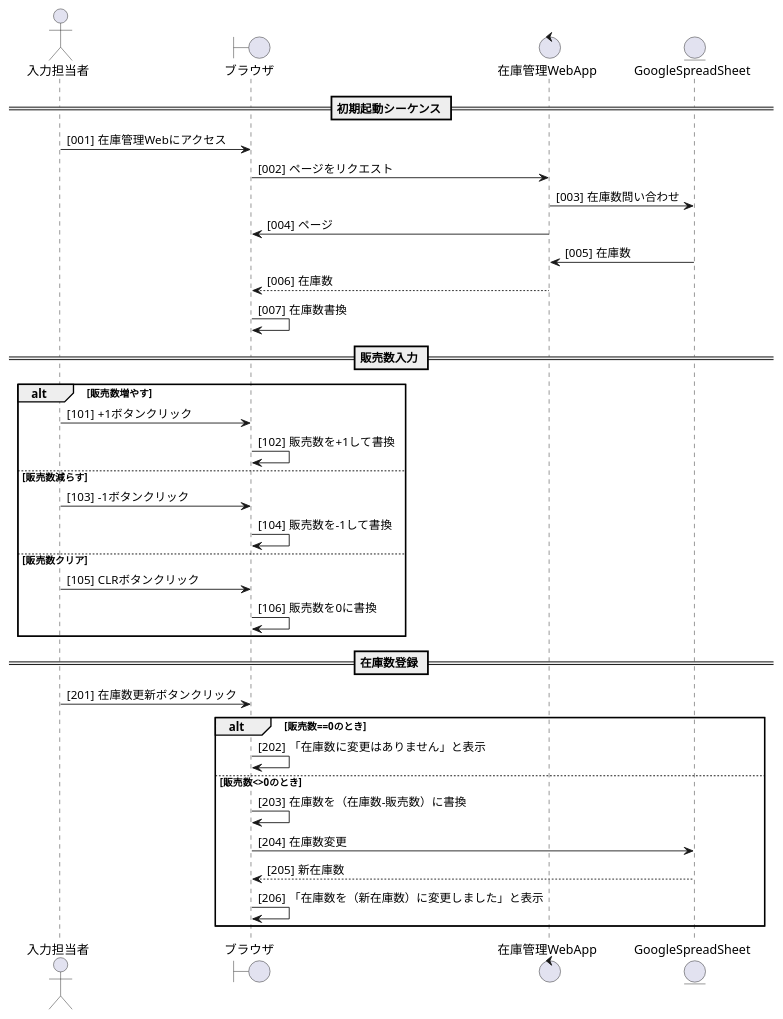
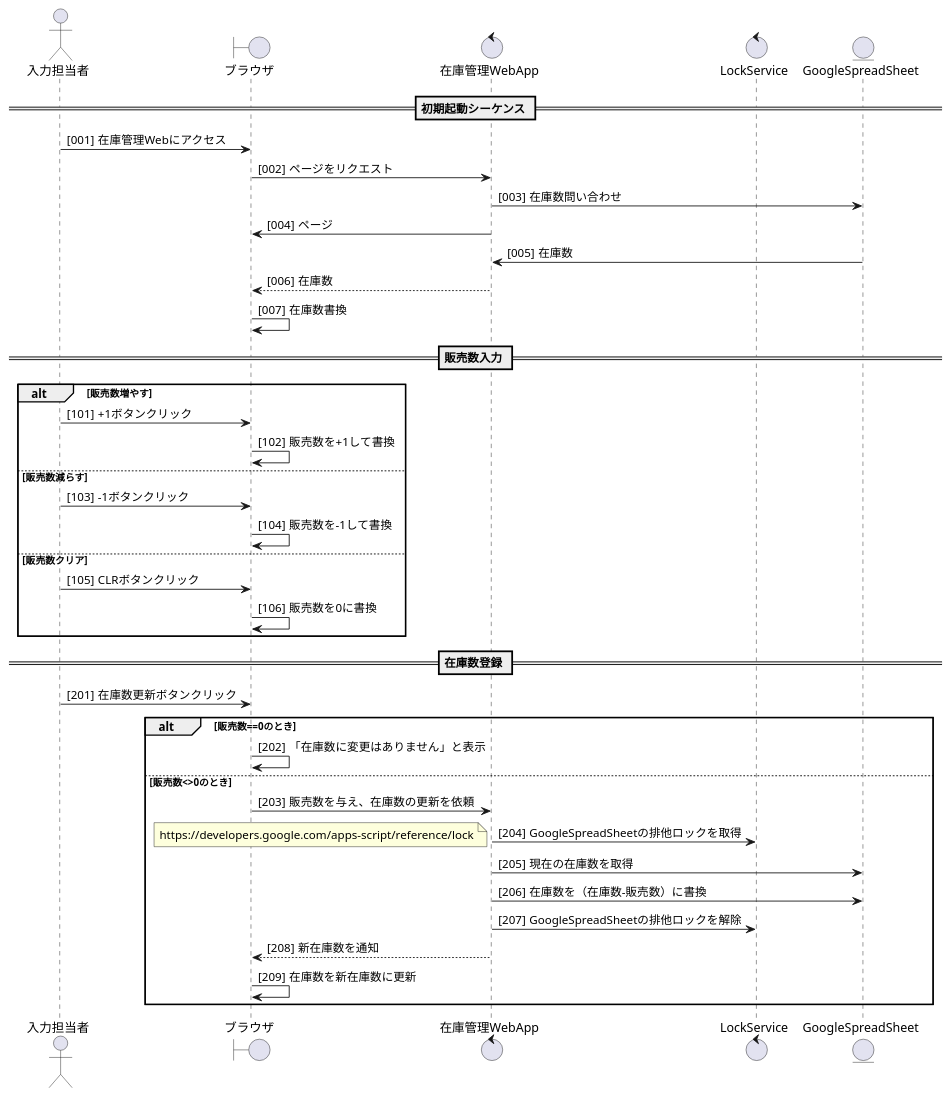
One commit to CodeforSusono/GAS_BentoStockApp changed the diagram in doc/sequence_overview.puml. Above: the diagram before and after it, drawn with PlantUML. The commit also changed 1 other file, not shown here.

```diff
--- a/doc/sequence_overview.puml
+++ b/doc/sequence_overview.puml
@@ -1,43 +1,50 @@
 @startuml
 actor 入力担当者
 boundary ブラウザ
 control 在庫管理WebApp
+control LockService
 entity GoogleSpreadSheet
 
 == 初期起動シーケンス ==
 autonumber "[000]"
 入力担当者 -> ブラウザ : 在庫管理Webにアクセス
 ブラウザ -> 在庫管理WebApp : ページをリクエスト
 在庫管理WebApp-> GoogleSpreadSheet :在庫数問い合わせ
 在庫管理WebApp -> ブラウザ : ページ
 GoogleSpreadSheet -> 在庫管理WebApp : 在庫数
 在庫管理WebApp --> ブラウザ : 在庫数
 ブラウザ -> ブラウザ : 在庫数書換
 
 == 販売数入力 ==
 autonumber "[100]"
 alt 販売数増やす
 入力担当者 -> ブラウザ : +1ボタンクリック
 ブラウザ -> ブラウザ : 販売数を+1して書換
 else 販売数減らす
 入力担当者 -> ブラウザ : -1ボタンクリック
 ブラウザ -> ブラウザ : 販売数を-1して書換
 else 販売数クリア
 入力担当者 -> ブラウザ : CLRボタンクリック
 ブラウザ -> ブラウザ : 販売数を0に書換
 end
 
 == 在庫数登録 ==
 autonumber "[200]"
 入力担当者 -> ブラウザ : 在庫数更新ボタンクリック
 
 alt 販売数==0のとき
 ブラウザ -> ブラウザ : 「在庫数に変更はありません」と表示
 else 販売数<>0のとき
-ブラウザ -> ブラウザ : 在庫数を（在庫数-販売数）に書換
-ブラウザ -> GoogleSpreadSheet : 在庫数変更
-GoogleSpreadSheet --> ブラウザ : 新在庫数
-ブラウザ -> ブラウザ : 「在庫数を（新在庫数）に変更しました」と表示
+ブラウザ -> 在庫管理WebApp : 販売数を与え、在庫数の更新を依頼
+在庫管理WebApp -> LockService : GoogleSpreadSheetの排他ロックを取得
+note left
+  https://developers.google.com/apps-script/reference/lock
+end note
+在庫管理WebApp -> GoogleSpreadSheet : 現在の在庫数を取得
+在庫管理WebApp -> GoogleSpreadSheet : 在庫数を（在庫数-販売数）に書換
+在庫管理WebApp -> LockService : GoogleSpreadSheetの排他ロックを解除
+在庫管理WebApp  --> ブラウザ : 新在庫数を通知
+ブラウザ -> ブラウザ : 在庫数を新在庫数に更新
 end
 
 @enduml
```
